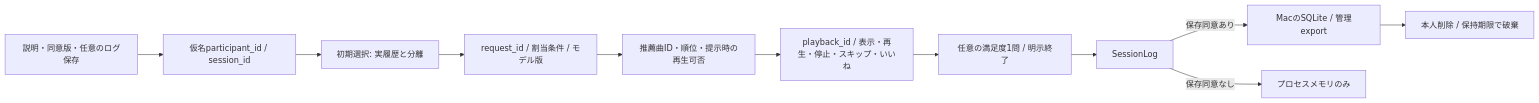
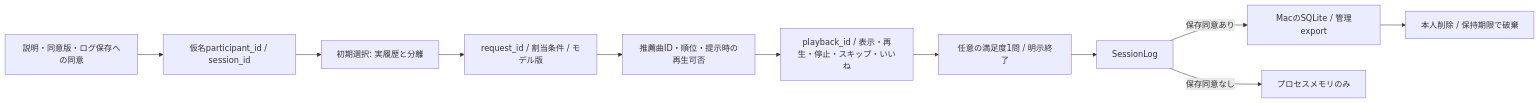
The diagram in docs/online-study.md (97kuek/music-recsys), drawn with Mermaid before and after one commit. The commit also changed other lines of this file and 315 other files, not shown here.

````diff
--- a/docs/online-study.md
+++ b/docs/online-study.md
@@ -11,13 +11,13 @@
 ```mermaid
 flowchart LR
-    C[説明・同意版・任意のログ保存] --> P[仮名participant_id / session_id]
+    C[説明・同意版・ログ保存への同意] --> P[仮名participant_id / session_id]
     P --> I[初期選択: 実履歴と分離]
     I --> R[request_id / 割当条件 / モデル版]
     R --> T[推薦曲ID・順位・提示時の再生可否]
     T --> A[playback_id / 表示・再生・停止・スキップ・いいね]
     A --> Q[任意の満足度1問 / 明示終了]
     Q --> M[SessionLog]
     M -->|保存同意あり| D[MacのSQLite / 管理export]
     M -->|保存同意なし| V[プロセスメモリのみ]
     D --> X[本人削除 / 保持期限で破棄]
 ```
````
